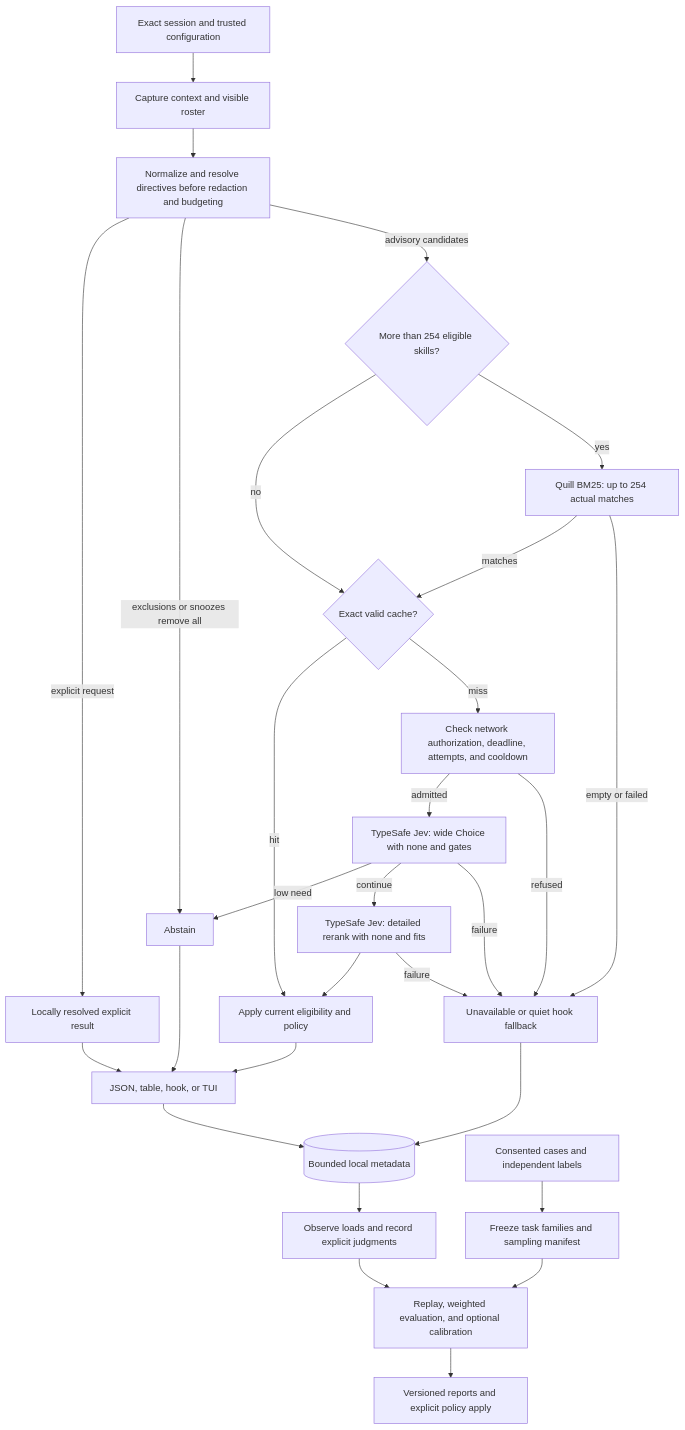
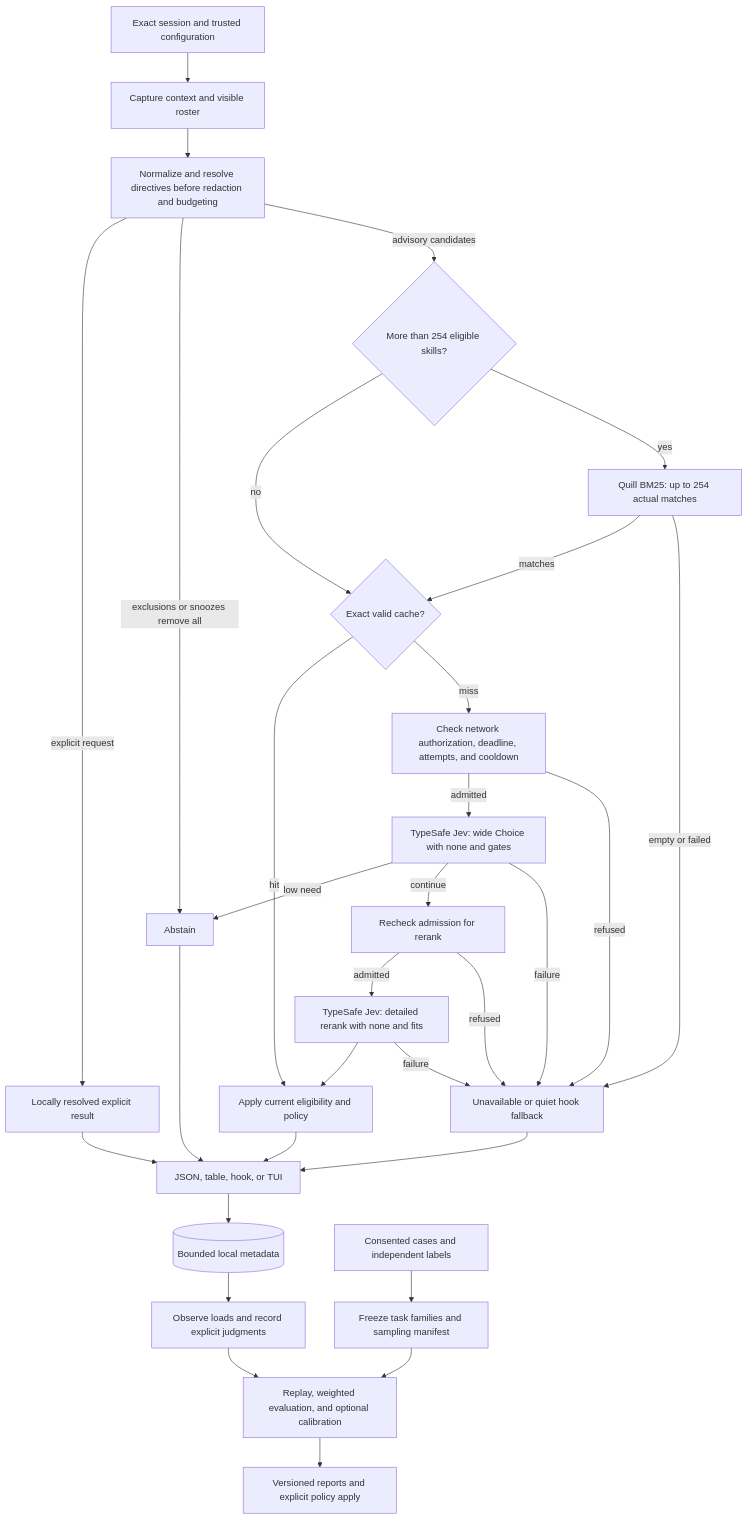
The diagram in README.md (Dicklesworthstone/skillranker), drawn with Mermaid before and after one commit. The commit also changed other lines of this file and 3 other files, not shown here.

````diff
--- a/README.md
+++ b/README.md
@@ -1366,31 +1468,33 @@
 ```mermaid
 flowchart TD
     A[Exact session and trusted configuration] --> B[Capture context and visible roster]
     B --> C[Normalize and resolve directives before redaction and budgeting]
     C -->|explicit request| X[Locally resolved explicit result]
     C -->|exclusions or snoozes remove all| N[Abstain]
     C -->|advisory candidates| Q{More than 254 eligible skills?}
     Q -->|no| K{Exact valid cache?}
     Q -->|yes| QR[Quill BM25: up to 254 actual matches]
     QR -->|matches| K
     QR -->|empty or failed| U[Unavailable or quiet hook fallback]
     K -->|hit| P[Apply current eligibility and policy]
     K -->|miss| BUD[Check network authorization, deadline, attempts, and cooldown]
     BUD -->|admitted| W[TypeSafe Jev: wide Choice with none and gates]
     BUD -->|refused| U
     W -->|low need| N
-    W -->|continue| R[TypeSafe Jev: detailed rerank with none and fits]
+    W -->|continue| RBUD[Recheck admission for rerank]
+    RBUD -->|admitted| R[TypeSafe Jev: detailed rerank with none and fits]
+    RBUD -->|refused| U
     R --> P
     P --> O[JSON, table, hook, or TUI]
     W -->|failure| U
     R -->|failure| U
     X --> O
     N --> O
     O --> L[(Bounded local metadata)]
-    U --> L
+    U --> O
     L --> F[Observe loads and record explicit judgments]
     F --> E[Replay, weighted evaluation, and optional calibration]
     D[Consented cases and independent labels] --> S[Freeze task families and sampling manifest]
     S --> E
     E --> V[Versioned reports and explicit policy apply]
 ```
````
